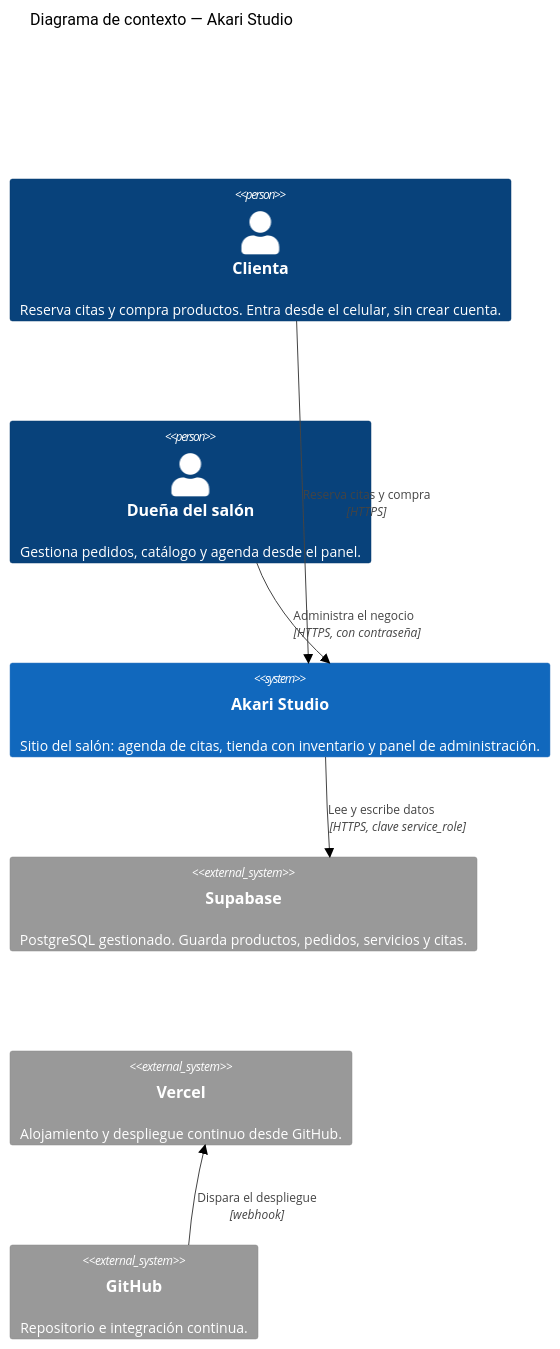
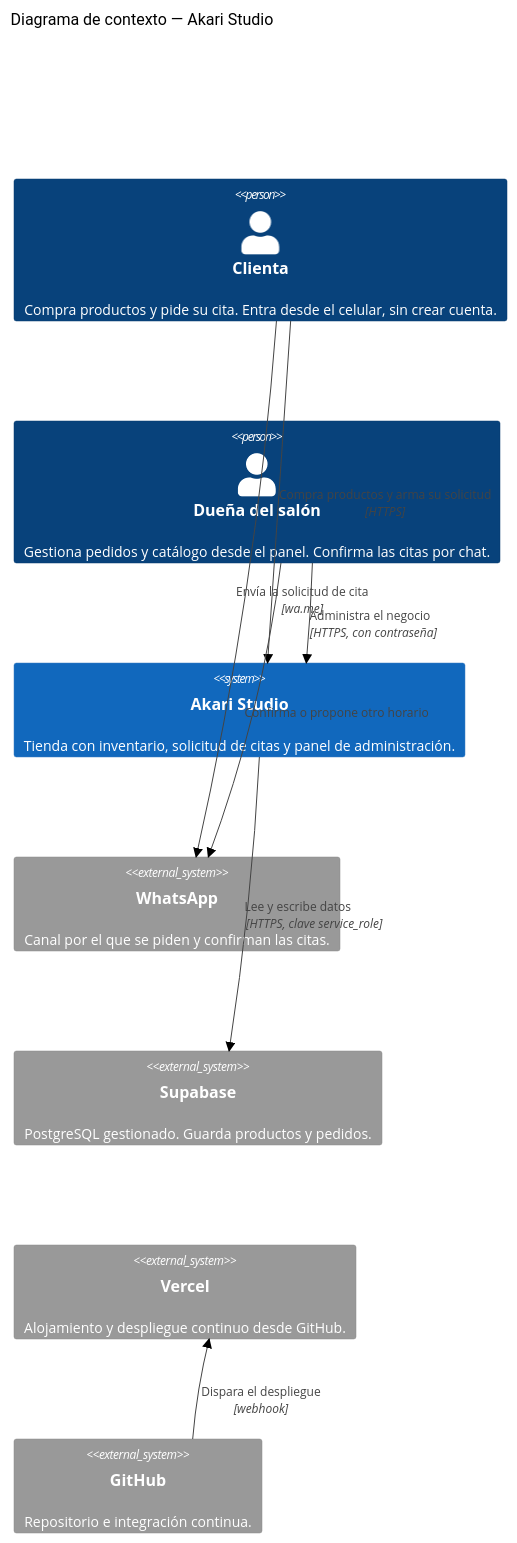
One commit to Alejandro-Paz05/Proyecto_ISW2 changed the first of 7 diagrams in docs/arquitectura.md. Above: the diagram before and after it, drawn with Mermaid (forest theme). The commit also changed other lines of this file and 2 other files, not shown here.

First line of the commit message:
docs(arquitectura): registrar en un ADR por que se quito la reserva en linea

````diff
--- a/docs/arquitectura.md
+++ b/docs/arquitectura.md
@@ -13,20 +13,23 @@
 ```mermaid
 C4Context
     title Diagrama de contexto — Akari Studio
 
-    Person(clienta, "Clienta", "Reserva citas y compra productos. Entra desde el celular, sin crear cuenta.")
-    Person(duena, "Dueña del salón", "Gestiona pedidos, catálogo y agenda desde el panel.")
+    Person(clienta, "Clienta", "Compra productos y pide su cita. Entra desde el celular, sin crear cuenta.")
+    Person(duena, "Dueña del salón", "Gestiona pedidos y catálogo desde el panel. Confirma las citas por chat.")
 
-    System(akari, "Akari Studio", "Sitio del salón: agenda de citas, tienda con inventario y panel de administración.")
+    System(akari, "Akari Studio", "Tienda con inventario, solicitud de citas y panel de administración.")
 
-    System_Ext(supabase, "Supabase", "PostgreSQL gestionado. Guarda productos, pedidos, servicios y citas.")
+    System_Ext(whatsapp, "WhatsApp", "Canal por el que se piden y confirman las citas.")
+    System_Ext(supabase, "Supabase", "PostgreSQL gestionado. Guarda productos y pedidos.")
     System_Ext(vercel, "Vercel", "Alojamiento y despliegue continuo desde GitHub.")
     System_Ext(github, "GitHub", "Repositorio e integración continua.")
 
-    Rel(clienta, akari, "Reserva citas y compra", "HTTPS")
+    Rel(clienta, akari, "Compra productos y arma su solicitud", "HTTPS")
+    Rel(clienta, whatsapp, "Envía la solicitud de cita", "wa.me")
+    Rel(duena, whatsapp, "Confirma o propone otro horario")
     Rel(duena, akari, "Administra el negocio", "HTTPS, con contraseña")
     Rel(akari, supabase, "Lee y escribe datos", "HTTPS, clave service_role")
     Rel(github, vercel, "Dispara el despliegue", "webhook")
 
     UpdateLayoutConfig($c4ShapeInRow="2", $c4BoundaryInRow="1")
 ```
````
